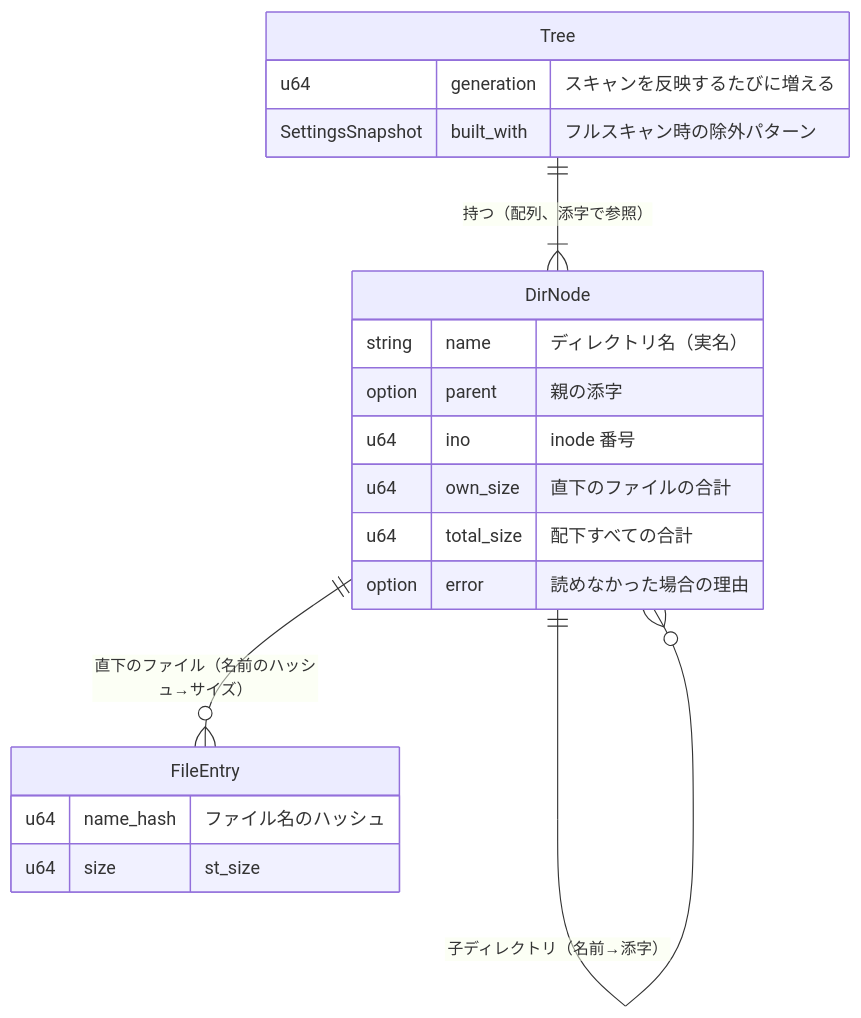
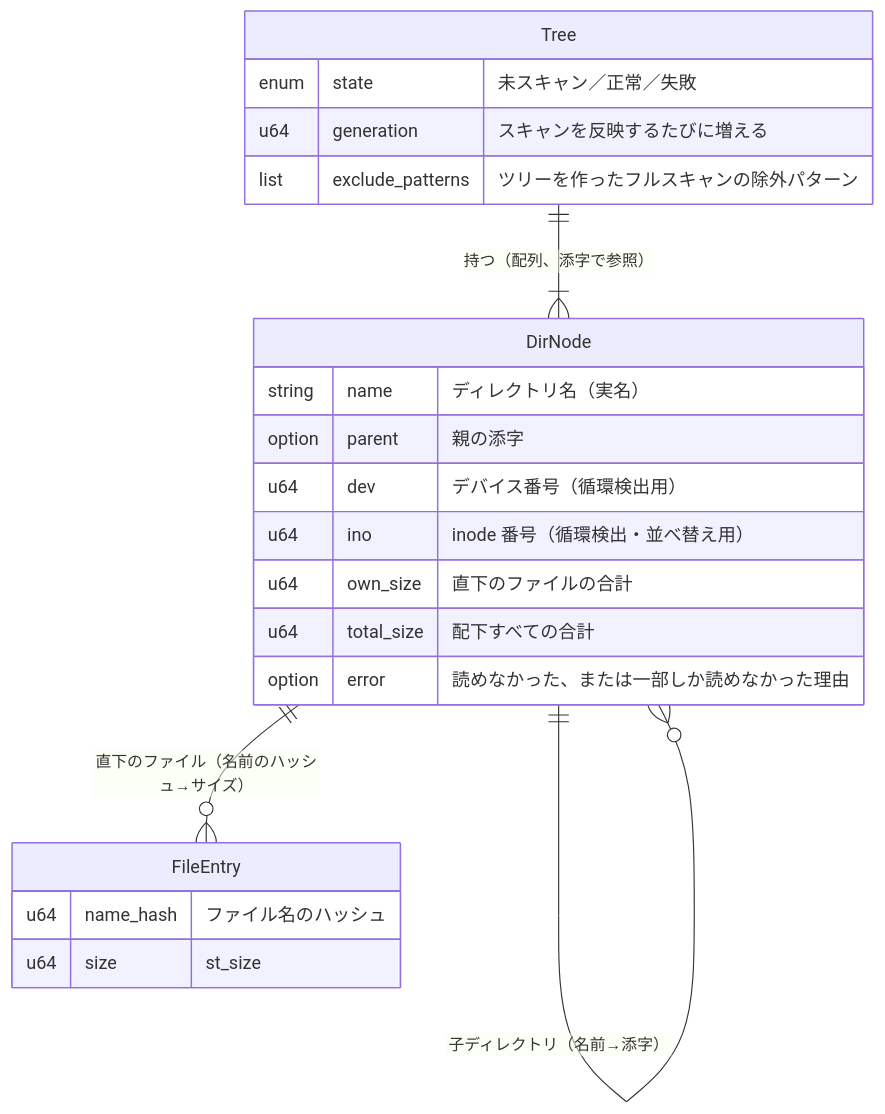
Before and after one commit to yumetodo/suminoe_file_server: the second of 3 diagrams in doc/design/20261101_dir_scan_design.md, drawn with Mermaid. The commit also changed other lines of this file, not shown here.

````diff
--- a/doc/design/20261101_dir_scan_design.md
+++ b/doc/design/20261101_dir_scan_design.md
@@ -116,22 +125,24 @@
 ```mermaid
 erDiagram
     Tree ||--|{ DirNode : "持つ（配列、添字で参照）"
     DirNode ||--o{ DirNode : "子ディレクトリ（名前→添字）"
     DirNode ||--o{ FileEntry : "直下のファイル（名前のハッシュ→サイズ）"
     Tree {
+        enum state "未スキャン／正常／失敗"
         u64 generation "スキャンを反映するたびに増える"
-        SettingsSnapshot built_with "フルスキャン時の除外パターン"
+        list exclude_patterns "ツリーを作ったフルスキャンの除外パターン"
     }
     DirNode {
         string name "ディレクトリ名（実名）"
         option parent "親の添字"
-        u64 ino "inode 番号"
+        u64 dev "デバイス番号（循環検出用）"
+        u64 ino "inode 番号（循環検出・並べ替え用）"
         u64 own_size "直下のファイルの合計"
         u64 total_size "配下すべての合計"
-        option error "読めなかった場合の理由"
+        option error "読めなかった、または一部しか読めなかった理由"
     }
     FileEntry {
         u64 name_hash "ファイル名のハッシュ"
         u64 size "st_size"
     }
 ```
````
